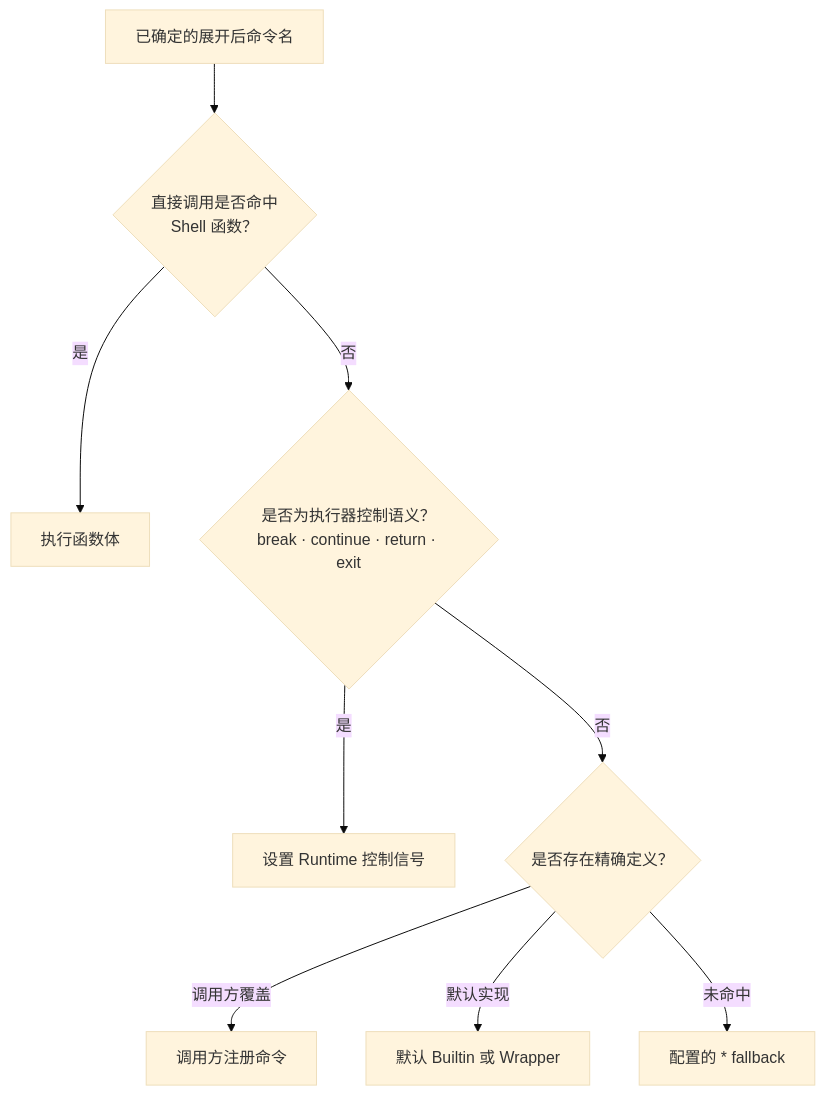
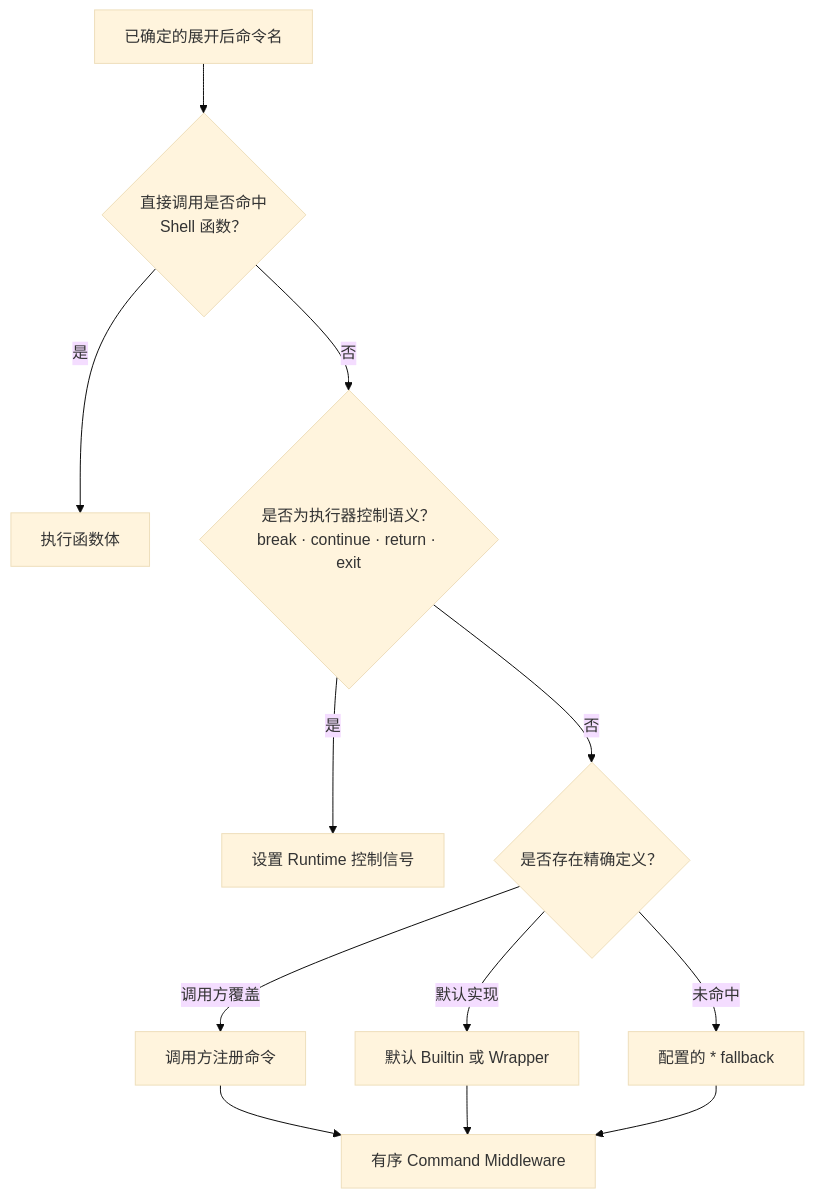
One commit to nullptrpanic/libcommand changed the fourth of 7 diagrams in README.zh-CN.md. Above: the diagram before and after it, drawn with Mermaid (base theme). The commit also changed other lines of this file and 37 other files, not shown here.

````diff
--- a/README.zh-CN.md
+++ b/README.zh-CN.md
@@ -244,21 +244,25 @@
 ```mermaid
 flowchart TD
     Expanded["已确定的展开后命令名"]
     Function{"直接调用是否命中<br/>Shell 函数？"}
     FunctionBody["执行函数体"]
     Control{"是否为执行器控制语义？<br/>break · continue · return · exit"}
     ControlRuntime["设置 Runtime 控制信号"]
     Exact{"是否存在精确定义？"}
     User["调用方注册命令"]
     Builtin["默认 Builtin 或 Wrapper"]
     Fallback["配置的 * fallback"]
+	Middleware["有序 Command Middleware"]
 
     Expanded --> Function
     Function -->|"是"| FunctionBody
     Function -->|"否"| Control
     Control -->|"是"| ControlRuntime
     Control -->|"否"| Exact
     Exact -->|"调用方覆盖"| User
     Exact -->|"默认实现"| Builtin
     Exact -->|"未命中"| Fallback
+	User --> Middleware
+	Builtin --> Middleware
+	Fallback --> Middleware
 ```
````
